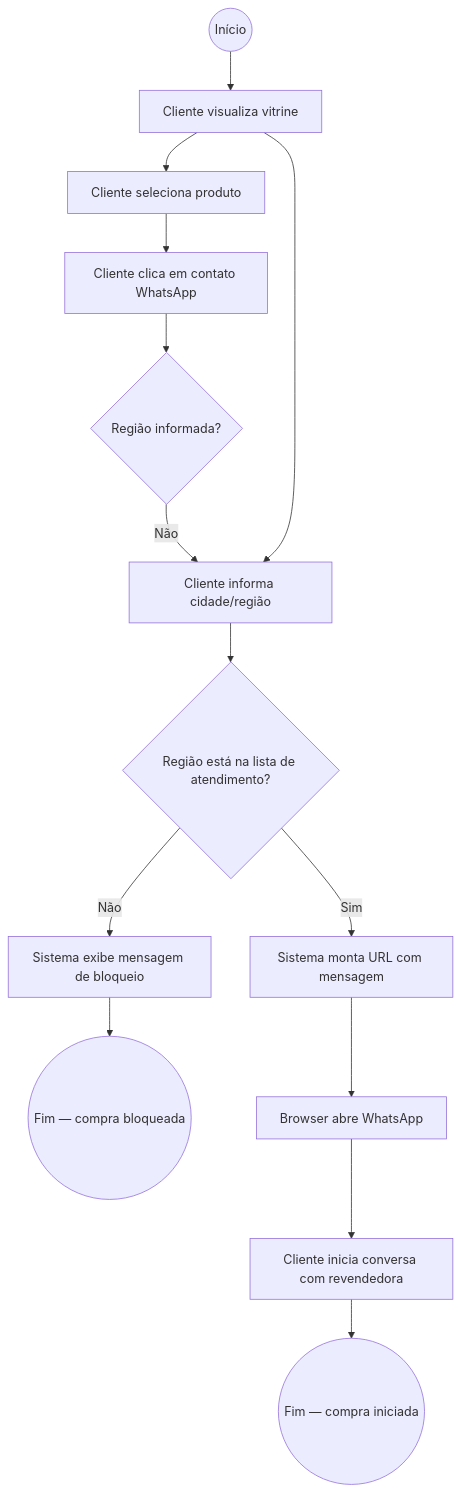
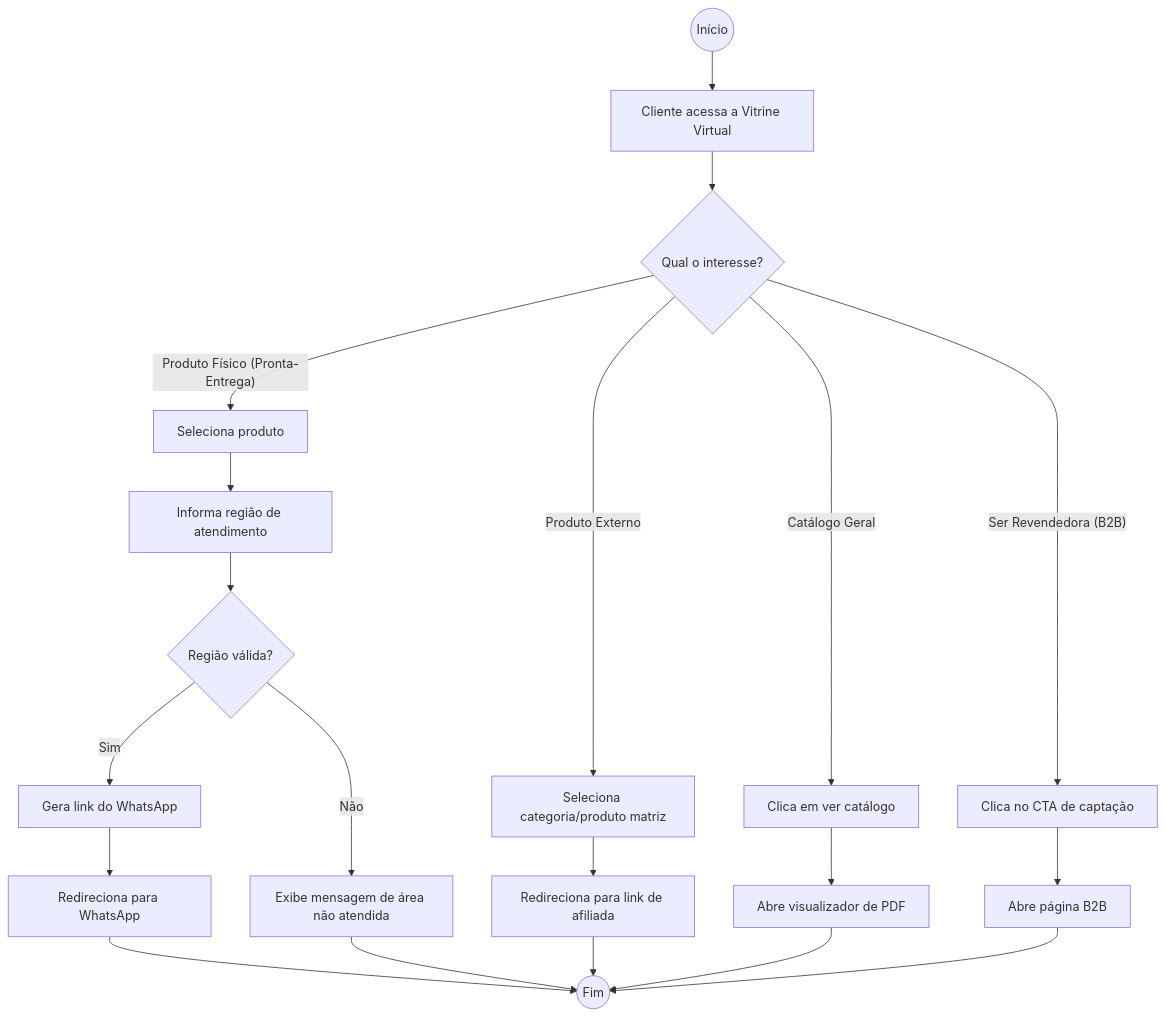
Before and after one commit to LuHenRe/Projeto-Revendedora-Atlantica-Natural: the diagram in docs/arquitetura/12-diagrama-atividades.md, drawn with Mermaid. The commit also changed other lines of this file and 18 other files, not shown here.

````diff
--- a/docs/arquitetura/12-diagrama-atividades.md
+++ b/docs/arquitetura/12-diagrama-atividades.md
@@ -11,16 +5,27 @@
 ```mermaid
 flowchart TD
-    Start((Início)) --> A1[Cliente visualiza vitrine]
-    A1 --> A2[Cliente seleciona produto]
-    A2 --> A3[Cliente clica em contato WhatsApp]
-    A3 --> D1{Região informada?}
-    D1 -- Não --> A4[Cliente informa cidade/região]
-    A1 --> A4
-    A4 --> D2{Região está na lista de atendimento?}
-    D2 -- Sim --> A5[Sistema monta URL com mensagem]
-    D2 -- Não --> A6[Sistema exibe mensagem de bloqueio]
-    A6 --> FimBloqueio((Fim — compra bloqueada))
-    A5 --> A7[Browser abre WhatsApp]
-    A7 --> A8[Cliente inicia conversa com revendedora]
-    A8 --> FimSucesso((Fim — compra iniciada))
+    Start((Início)) --> A1[Cliente acessa a Vitrine Virtual]
+    A1 --> D1{Qual o interesse?}
+    
+    D1 -- Produto Físico (Pronta-Entrega) --> A2[Seleciona produto]
+    A2 --> A3[Informa região de atendimento]
+    A3 --> D2{Região válida?}
+    D2 -- Sim --> A4[Gera link do WhatsApp]
+    A4 --> A5[Redireciona para WhatsApp]
+    D2 -- Não --> A6[Exibe mensagem de área não atendida]
+    
+    D1 -- Produto Externo --> A7[Seleciona categoria/produto matriz]
+    A7 --> A8[Redireciona para link de afiliada]
+    
+    D1 -- Catálogo Geral --> A9[Clica em ver catálogo]
+    A9 --> A10[Abre visualizador de PDF]
+    
+    D1 -- Ser Revendedora (B2B) --> A11[Clica no CTA de captação]
+    A11 --> A12[Abre página B2B]
+    
+    A5 --> End((Fim))
+    A6 --> End
+    A8 --> End
+    A10 --> End
+    A12 --> End
 ```
````
